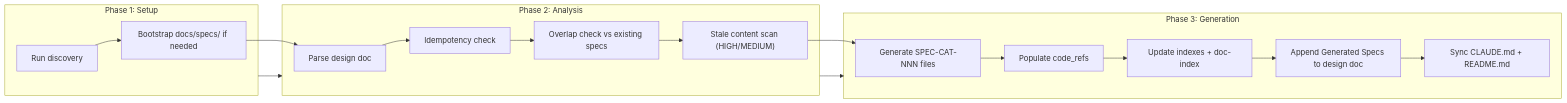
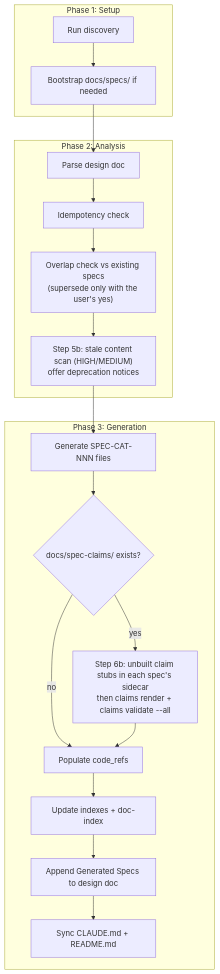
The sixth of 11 diagrams in docs/workflows/doc-superpowers.md (woodrowpearson/doc-superpowers), drawn with Mermaid before and after one commit. The commit also changed other lines of this file, not shown here.

First line of the commit message:
docs(workflows): claims-era flows, artifacts, state, gates (U15, U16)

````diff
--- a/docs/workflows/doc-superpowers.md
+++ b/docs/workflows/doc-superpowers.md
@@ -533,21 +537,22 @@
 ```mermaid
-flowchart LR
+flowchart TD
   subgraph S1["Phase 1: Setup"]
     A["Run discovery"] --> B["Bootstrap docs/specs/ if needed"]
   end
   subgraph S2["Phase 2: Analysis"]
-    B --> C["Parse design doc"]
-    C --> D["Idempotency check"]
-    D --> E["Overlap check vs existing specs"]
-    E --> E2["Stale content scan (HIGH/MEDIUM)"]
+    C["Parse design doc"] --> D["Idempotency check"]
+    D --> E["Overlap check vs existing specs<br>(supersede only with the user's yes)"]
+    E --> E2["Step 5b: stale content scan (HIGH/MEDIUM)<br>offer deprecation notices"]
   end
   subgraph S3["Phase 3: Generation"]
-    E2 --> F["Generate SPEC-CAT-NNN files"]
-    F --> G["Populate code_refs"]
+    F["Generate SPEC-CAT-NNN files"] --> F2{"docs/spec-claims/ exists?"}
+    F2 -->|yes| F3["Step 6b: unbuilt claim stubs in each spec's sidecar<br>then claims render + claims validate --all"]
+    F2 -->|no| G["Populate code_refs"]
+    F3 --> G
     G --> H["Update indexes + doc-index"]
     H --> I["Append Generated Specs to design doc"]
     I --> I2["Sync CLAUDE.md + README.md"]
   end
-  S1 --> S2
-  S2 --> S3
+  B --> C
+  E2 --> F
 ```
````
